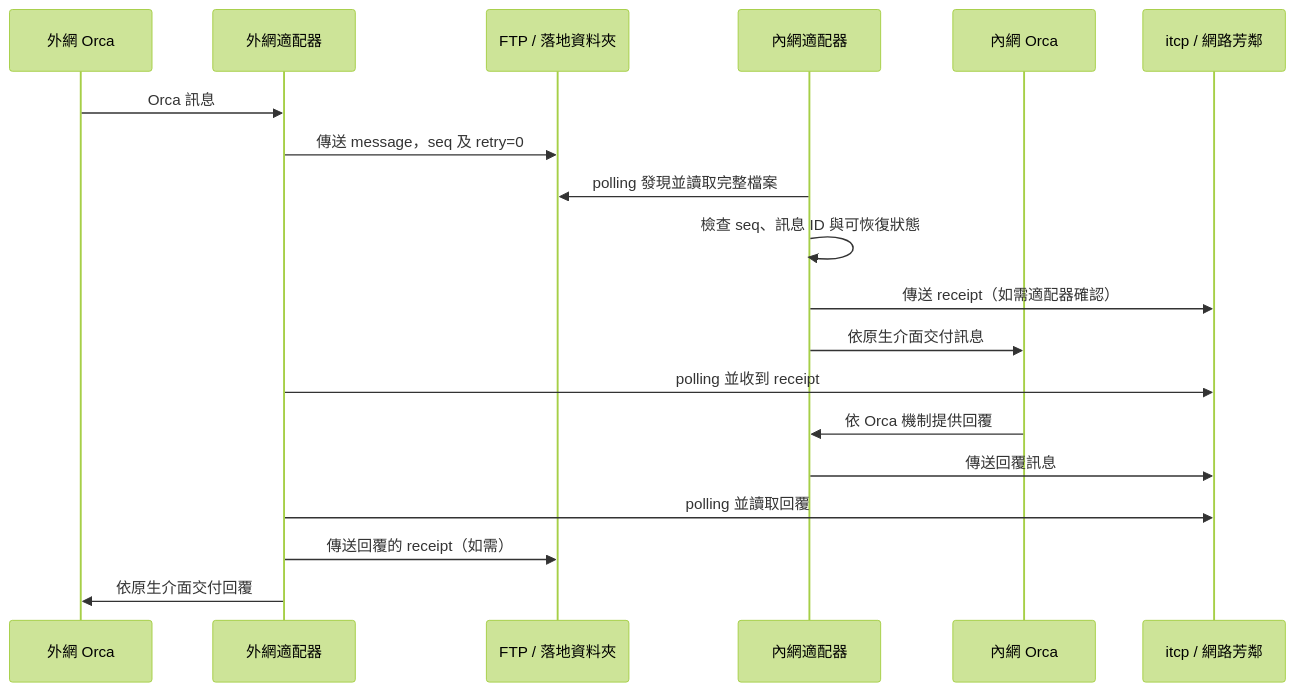
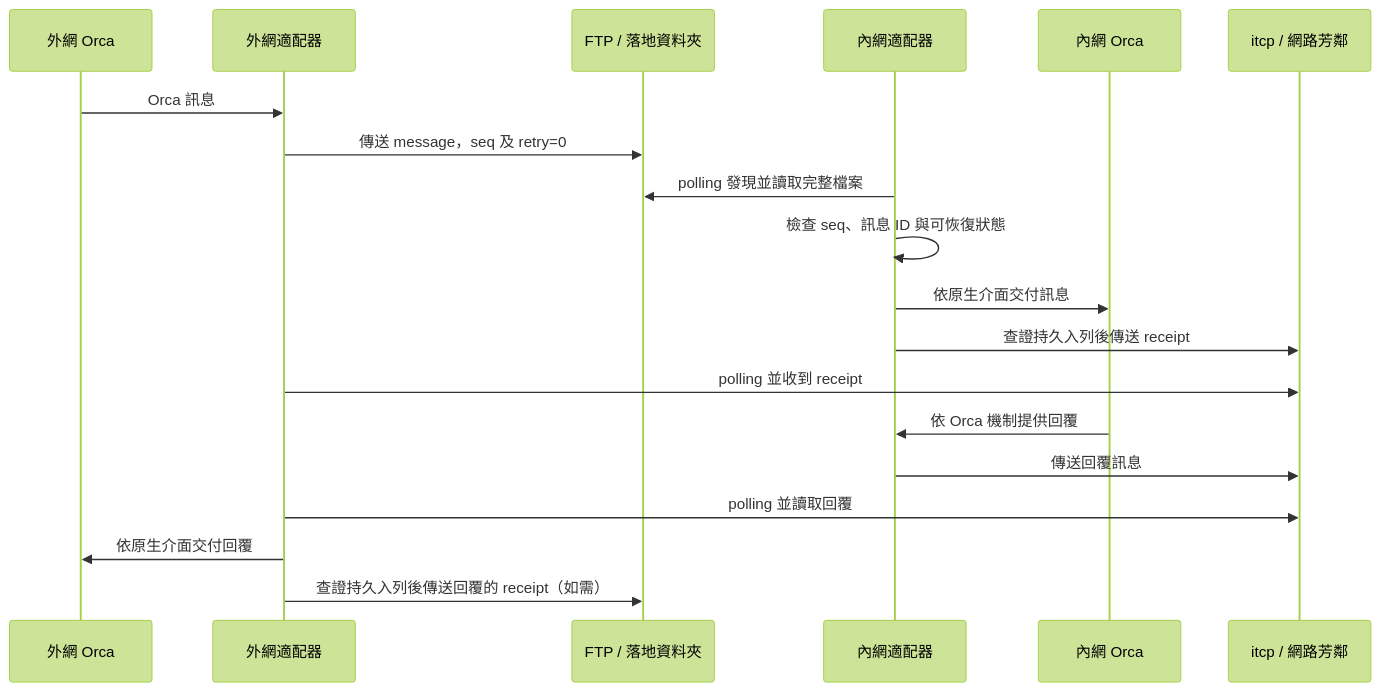
One commit to swchen44/orca changed the third of 3 diagrams in research/orca-cross-network-mail-design.md. Above: the diagram before and after it, drawn with Mermaid (forest theme). The commit also changed other lines of this file and 2 other files, not shown here.

````diff
--- a/research/orca-cross-network-mail-design.md
+++ b/research/orca-cross-network-mail-design.md
@@ -168,21 +170,21 @@
 ```mermaid
 sequenceDiagram
     participant O as 外網 Orca
     participant A as 外網適配器
     participant F as FTP / 落地資料夾
     participant B as 內網適配器
     participant I as 內網 Orca
     participant T as itcp / 網路芳鄰
     O->>A: Orca 訊息
     A->>F: 傳送 message，seq 及 retry=0
     B->>F: polling 發現並讀取完整檔案
     B->>B: 檢查 seq、訊息 ID 與可恢復狀態
-    B->>T: 傳送 receipt（如需適配器確認）
     B->>I: 依原生介面交付訊息
+    B->>T: 查證持久入列後傳送 receipt
     A->>T: polling 並收到 receipt
     I->>B: 依 Orca 機制提供回覆
     B->>T: 傳送回覆訊息
     A->>T: polling 並讀取回覆
-    A->>F: 傳送回覆的 receipt（如需）
     A->>O: 依原生介面交付回覆
+    A->>F: 查證持久入列後傳送回覆的 receipt（如需）
 ```
````
